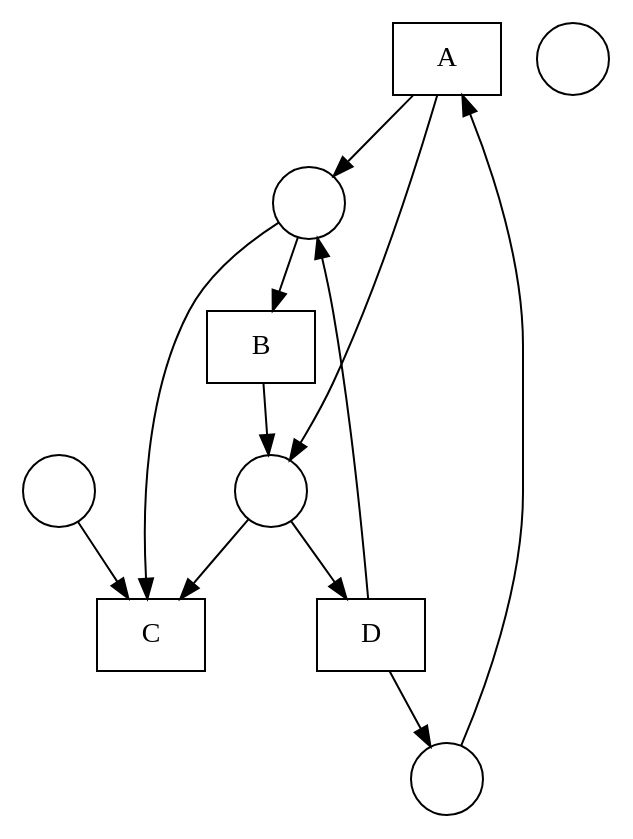
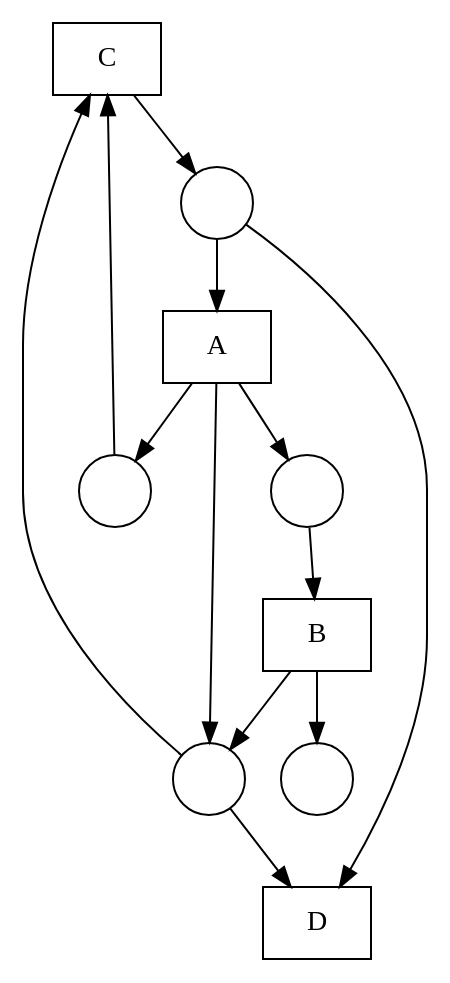
One commit to DWitek97/GeneticMiner changed the diagram in nets/Fittest net.gv. Above: the diagram before and after it, drawn with Graphviz. The commit also changed 11 other files, not shown here.

```diff
--- a/nets/Fittest net.gv
+++ b/nets/Fittest net.gv
@@ -1,24 +1,25 @@
 digraph "Fittest net" {
 	node [shape=box]
+	C [label=C]
+	D [label=D]
 	A [label=A]
 	B [label=B]
-	C [label=C]
-	D [label=D]
 	node [shape=circle]
 	1 [label=" "]
 	2 [label=" "]
 	3 [label=" "]
 	4 [label=" "]
 	5 [label=" "]
-	2 -> A
+	2 -> C
+	4 -> C
+	C -> 1
+	1 -> D
+	2 -> D
+	1 -> A
+	A -> 2
+	A -> 4
 	A -> 3
-	A -> 4
 	3 -> B
-	B -> 4
-	3 -> C
-	4 -> C
-	1 -> C
-	4 -> D
-	D -> 3
-	D -> 2
+	B -> 2
+	B -> 5
 }
```
